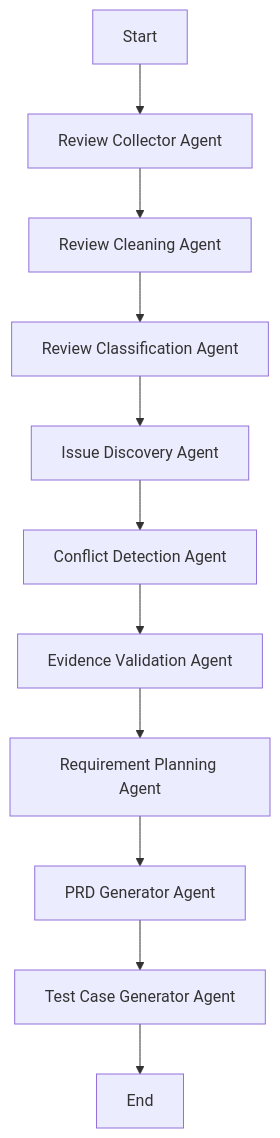
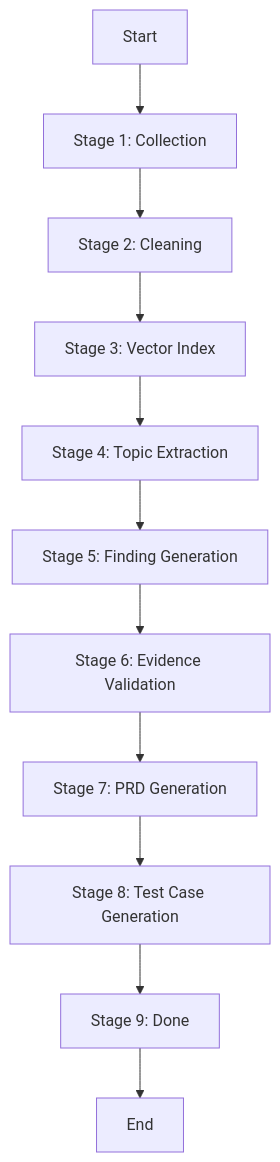
The fourth of 8 diagrams in AppStore_vc/Project Documents/产品文档.md (yanlinchen666/AppStore_The-entire-product-process), drawn with Mermaid before and after one commit. The commit also changed other lines of this file and 49 other files, not shown here.

````diff
--- a/AppStore_vc/Project Documents/产品文档.md
+++ b/AppStore_vc/Project Documents/产品文档.md
@@ -371,13 +412,13 @@
 ```mermaid
 flowchart TD
-    A["Start"] --> B["Review Collector Agent"]
-    B --> C["Review Cleaning Agent"]
-    C --> D["Review Classification Agent"]
-    D --> E["Issue Discovery Agent"]
-    E --> F["Conflict Detection Agent"]
-    F --> G["Evidence Validation Agent"]
-    G --> H["Requirement Planning Agent"]
-    H --> I["PRD Generator Agent"]
-    I --> J["Test Case Generator Agent"]
+    A["Start"] --> B["Stage 1: Collection"]
+    B --> C["Stage 2: Cleaning"]
+    C --> D["Stage 3: Vector Index"]
+    D --> E["Stage 4: Topic Extraction"]
+    E --> F["Stage 5: Finding Generation"]
+    F --> G["Stage 6: Evidence Validation"]
+    G --> H["Stage 7: PRD Generation"]
+    H --> I["Stage 8: Test Case Generation"]
+    I --> J["Stage 9: Done"]
     J --> K["End"]
 ```
````
